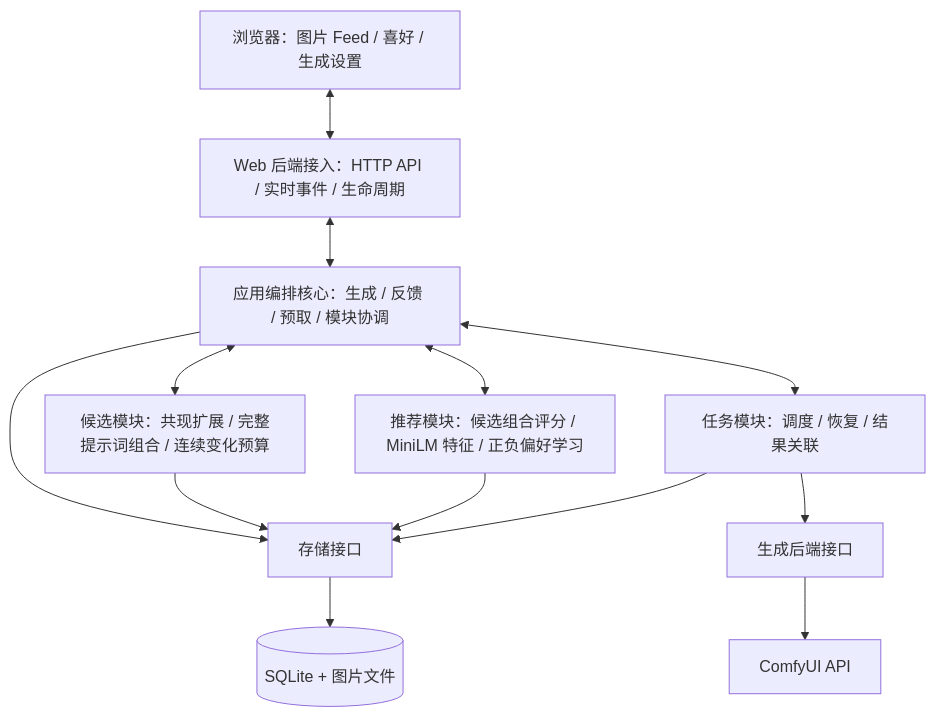
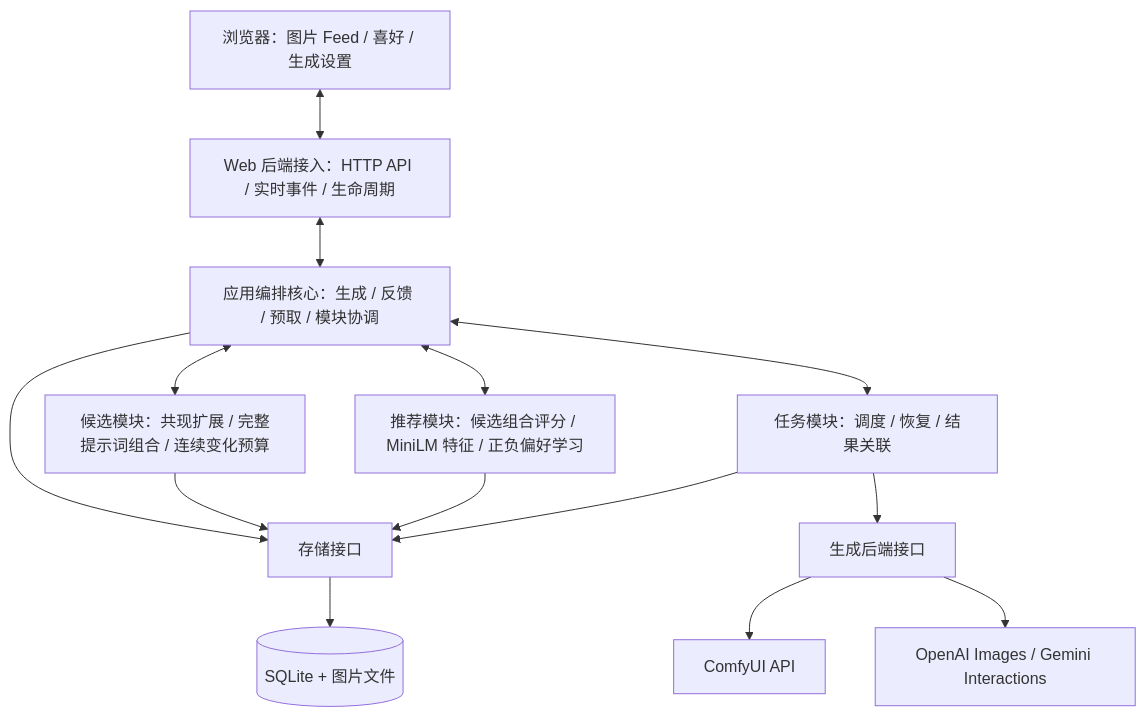
Before and after one commit to Lykr/pictide: the diagram in docs/dev/architecture.zh-CN.md, drawn with Mermaid. The commit also changed other lines of this file and 53 other files, not shown here.

Commit message:
feat(generation): support OpenAI Images and Gemini backends

````diff
--- a/docs/dev/architecture.zh-CN.md
+++ b/docs/dev/architecture.zh-CN.md
@@ -13,26 +13,28 @@
 ```mermaid
 flowchart TD
     UI["浏览器：图片 Feed / 喜好 / 生成设置"]
     Host["Web 后端接入：HTTP API / 实时事件 / 生命周期"]
     App["应用编排核心：生成 / 反馈 / 预取 / 模块协调"]
     Rules["候选模块：共现扩展 / 完整提示词组合 / 连续变化预算"]
     Rec["推荐模块：候选组合评分 / MiniLM 特征 / 正负偏好学习"]
     Jobs["任务模块：调度 / 恢复 / 结果关联"]
     Backend["生成后端接口"]
     Comfy["ComfyUI API"]
+    Cloud["OpenAI Images / Gemini Interactions"]
     Store["存储接口"]
     DB[("SQLite + 图片文件")]
 
     UI <--> Host
     Host <--> App
     App <--> Rules
     App <--> Rec
     App <--> Jobs
     Jobs --> Backend
     Backend --> Comfy
+    Backend --> Cloud
     App --> Store
     Rules --> Store
     Rec --> Store
     Jobs --> Store
     Store --> DB
 ```
````
